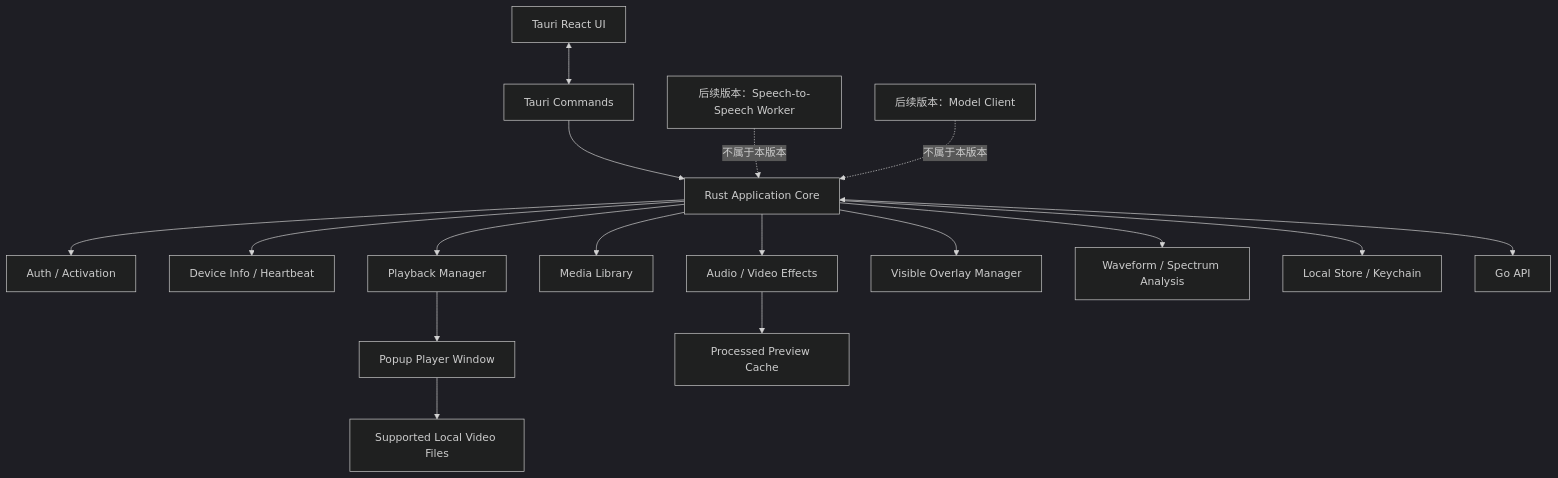
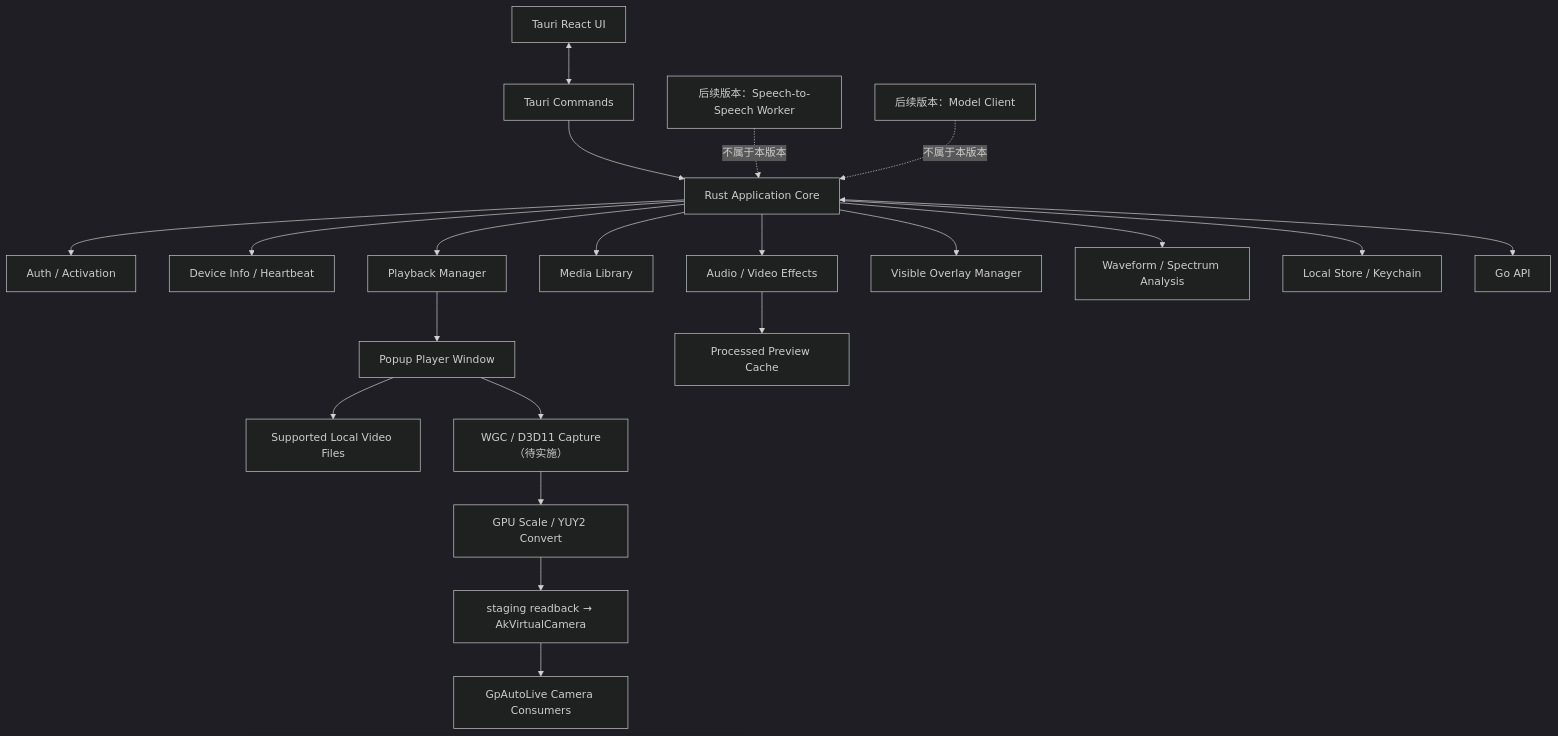
One commit to asd494235908/autolive changed the second of 3 diagrams in 桌面客户端架构.md. Above: the diagram before and after it, drawn with Mermaid (dark theme). The commit also changed other lines of this file and 172 other files, not shown here.

````diff
--- a/桌面客户端架构.md
+++ b/桌面客户端架构.md
@@ -191,19 +283,23 @@
 ```mermaid
 flowchart TB
     UI["Tauri React UI"] <--> Commands["Tauri Commands"]
     Commands --> Core["Rust Application Core"]
     Core --> Auth["Auth / Activation"]
     Core --> Device["Device Info / Heartbeat"]
     Core --> Playback["Playback Manager"]
     Core --> Library["Media Library"]
     Core --> Effects["Audio / Video Effects"]
     Core --> Overlay["Visible Overlay Manager"]
     Core --> Analysis["Waveform / Spectrum Analysis"]
     FutureSpeech["后续版本：Speech-to-Speech Worker"] -.不属于本版本.-> Core
     FutureModel["后续版本：Model Client"] -.不属于本版本.-> Core
     Core --> Store["Local Store / Keychain"]
     Playback --> Window["Popup Player Window"]
     Effects --> Cache["Processed Preview Cache"]
     Core <--> API["Go API"]
     Window --> Files["Supported Local Video Files"]
+    Window --> WGC["WGC / D3D11 Capture（待实施）"]
+    WGC --> VCamGpu["GPU Scale / YUY2 Convert"]
+    VCamGpu --> AkVCam["staging readback → AkVirtualCamera"]
+    AkVCam --> Consumers["GpAutoLive Camera Consumers"]
 ```
````
